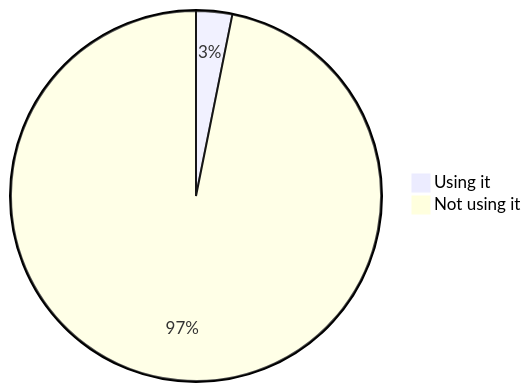
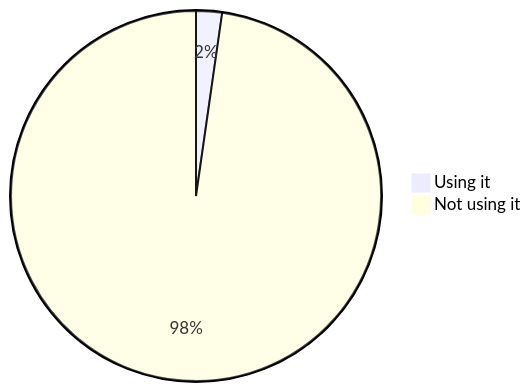
The fifth of 18 diagrams in stats.md (oshp/oshp-stats), drawn with Mermaid before and after one commit. The commit also changed other lines of this file and 1 other file, not shown here.

````diff
--- a/stats.md
+++ b/stats.md
@@ -56,6 +56,6 @@
 ```mermaid
 pie
-	"Using it" : 3.15
-	"Not using it" : 96.85
+	"Using it" : 2.26
+	"Not using it" : 97.74
 
 ```
````
